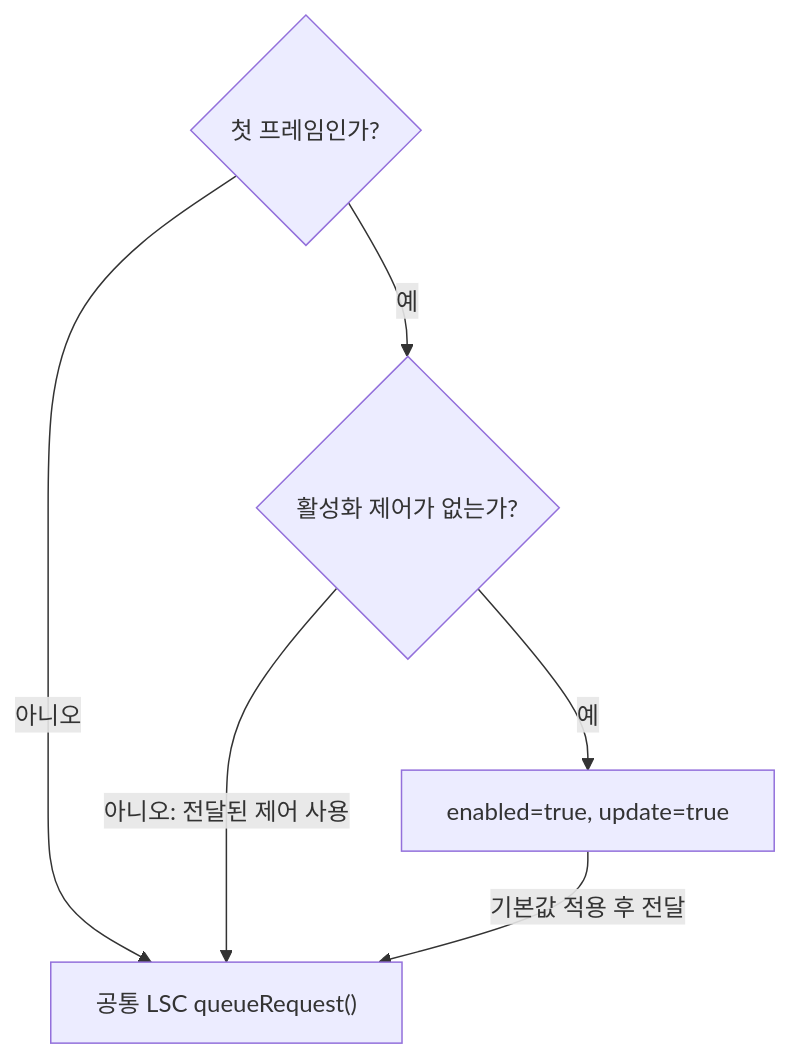
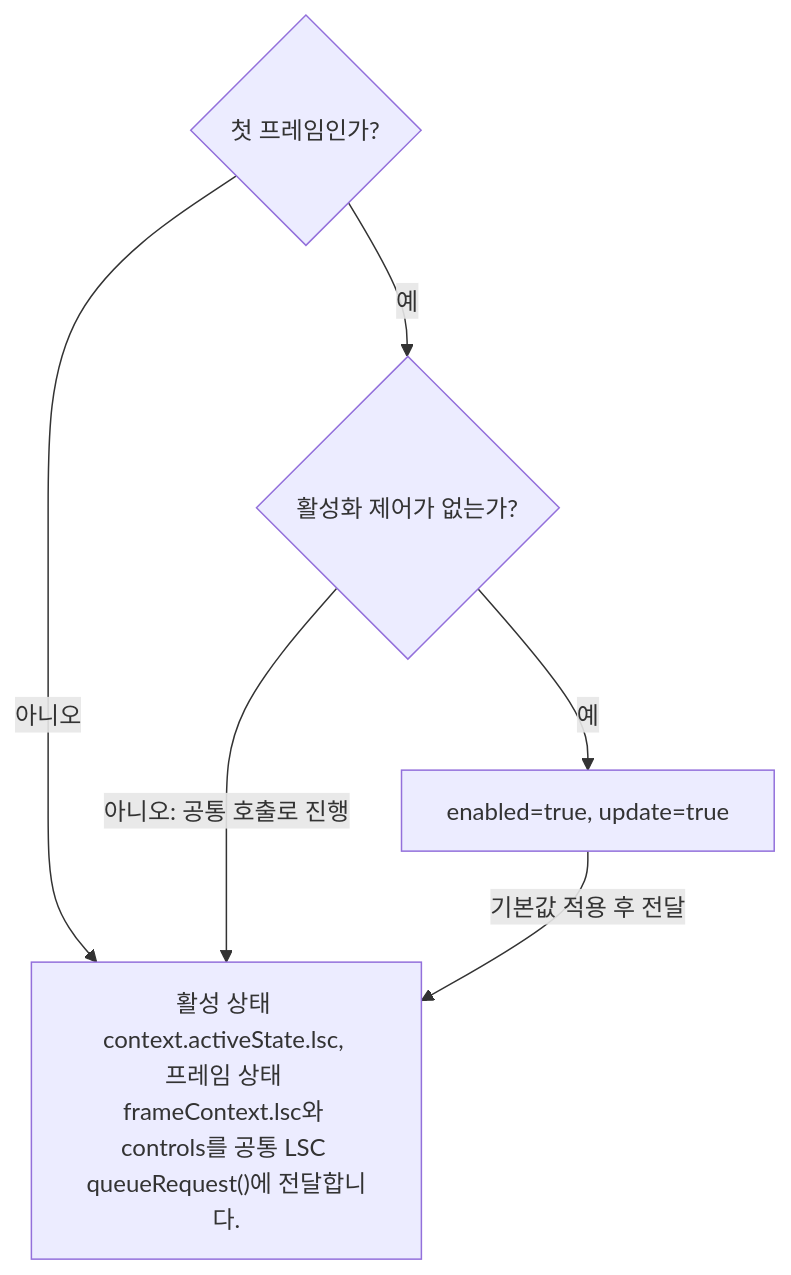
One commit to TTolsun/libcamera-sdd changed the third of 4 diagrams in docs/ipu3-lsc-flow.md. Above: the diagram before and after it, drawn with Mermaid. The commit also changed other lines of this file and 283 other files, not shown here.

````diff
--- a/docs/ipu3-lsc-flow.md
+++ b/docs/ipu3-lsc-flow.md
@@ -52,13 +778,13 @@
 ```mermaid
 flowchart TB
-%% sdd:translations {"enabled=true, update=true": "enabled=true, update=true", "공통 LSC queueRequest()": "Common LSC queueRequest()", "기본값 적용 후 전달": "Forward after applying <br/>default", "아니오": "No", "아니오: 전달된 제어 사용": "No: use supplied control", "예": "Yes", "첫 프레임인가?": "First frame?", "활성화 제어가 없는가?": "Enable control absent?"}
+%% sdd:translations {"enabled#61;true, update#61;true": "enabled#61;true, update#61;true", "기본값 적용 후 전달": "Forward after applying <br/>default", "아니오": "No", "아니오: 공통 호출로 진행": "No: continue to the common <br/>call", "예": "Yes", "첫 프레임인가?": "First frame?", "활성 상태 <br/>context.activeState.lsc, <br/>프레임 상태 <br/>frameContext.lsc와 <br/>controls를 공통 LSC <br/>queueRequest#40;#41;에 전달합니다.": "Pass active state <br/>context.activeState.lsc, <br/>frame state <br/>frameContext.lsc, and <br/>controls to the common LSC <br/>queueRequest#40;#41;.", "활성화 제어가 없는가?": "Enable control absent?"}
   v_first{"첫 프레임인가?"}
   v_control{"활성화 제어가 없는가?"}
-  v_default["enabled=true, update=true"]
-  v_common["공통 LSC queueRequest()"]
+  v_default["enabled#61;true, update#61;true"]
+  v_common["활성 상태 <br/>context.activeState.lsc, <br/>프레임 상태 <br/>frameContext.lsc와 <br/>controls를 공통 LSC <br/>queueRequest#40;#41;에 전달합니다."]
   v_first -->|"예"| v_control
   v_first -->|"아니오"| v_common
   v_control -->|"예"| v_default
-  v_control -->|"아니오: 전달된 제어 사용"| v_common
+  v_control -->|"아니오: 공통 호출로 진행"| v_common
   v_default -->|"기본값 적용 후 전달"| v_common
 ```
````
